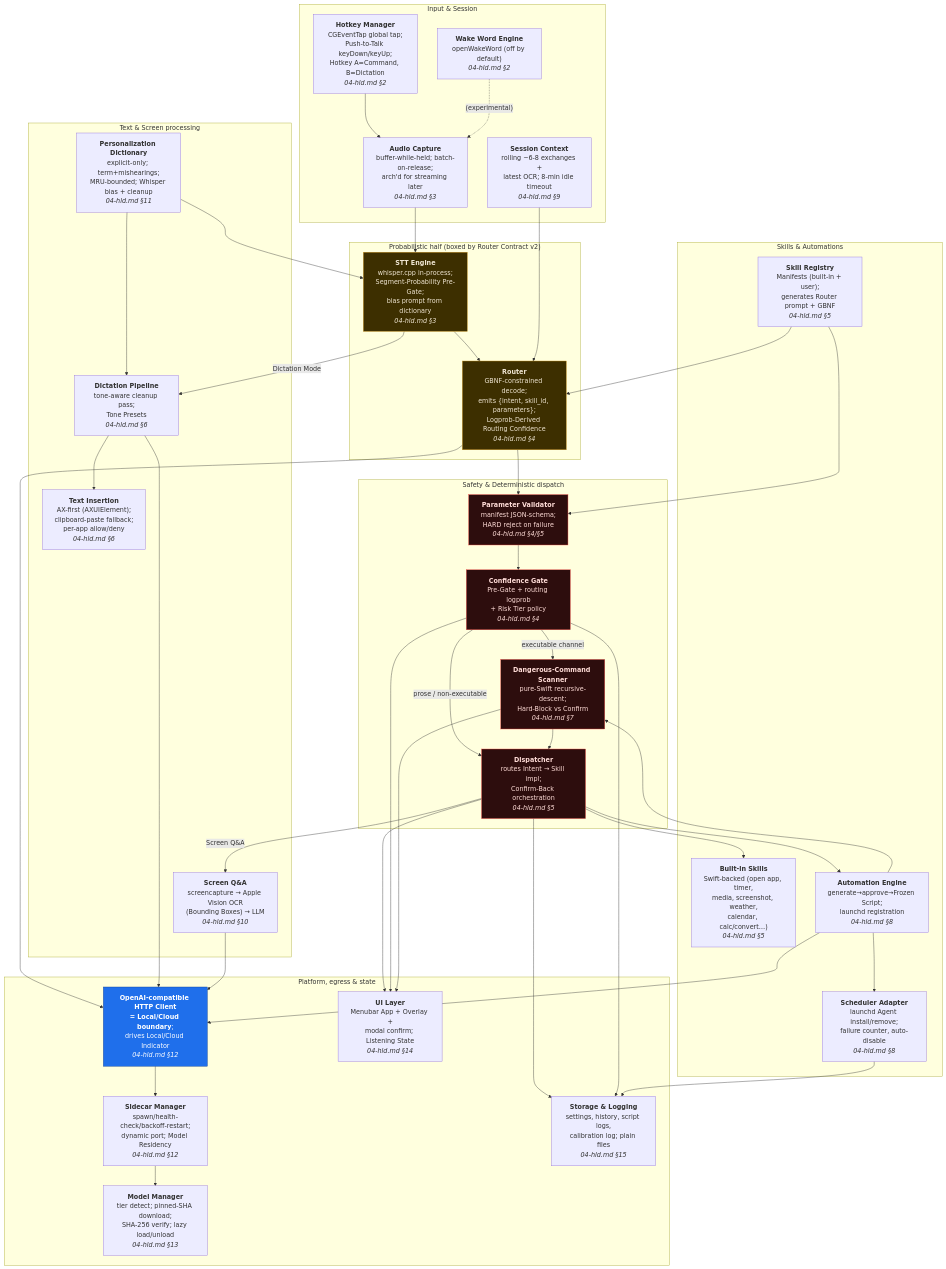
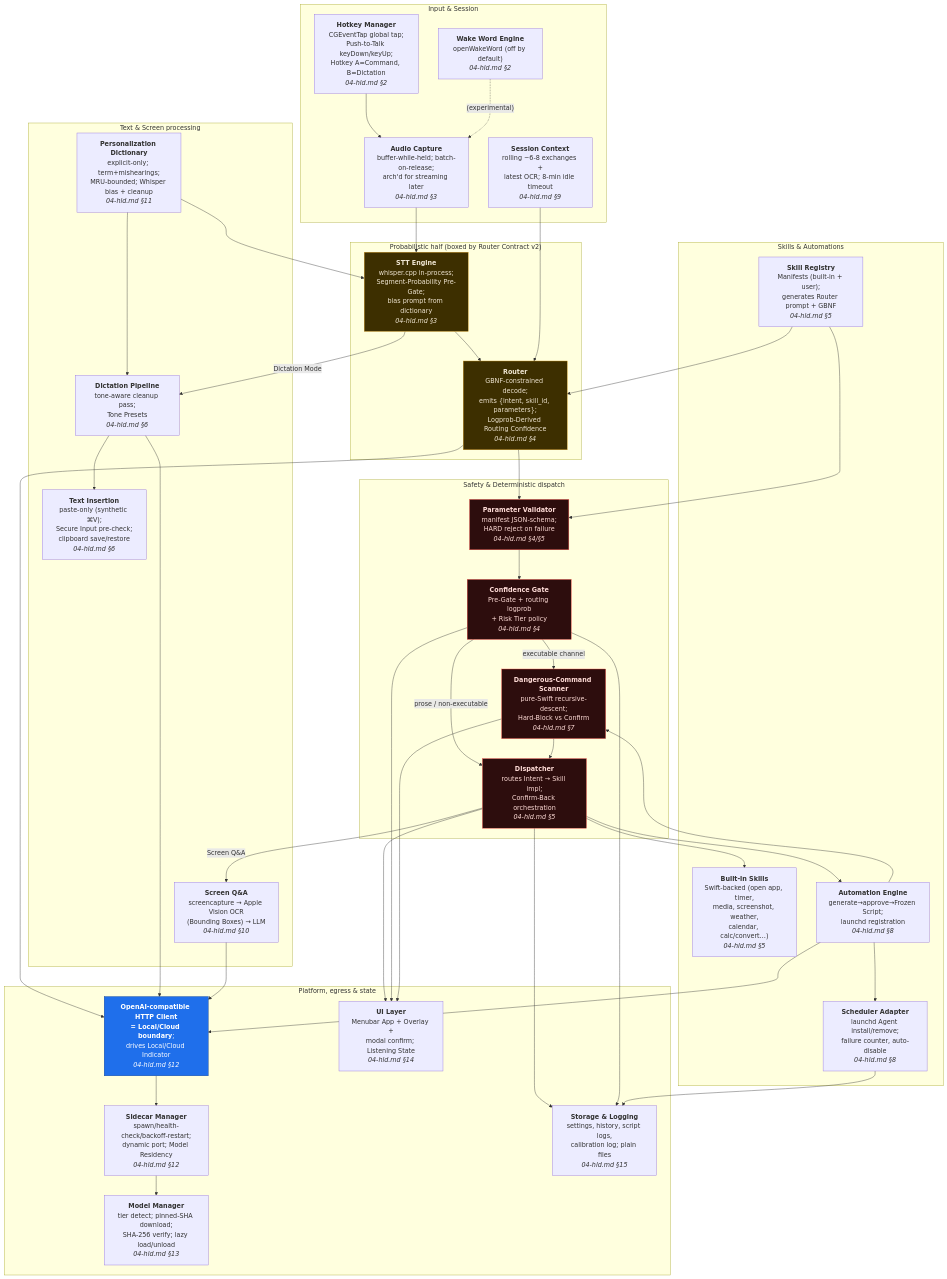
Before and after one commit to smgrv123/Nox: the third of 12 diagrams in docs/03-architecture.md, drawn with Mermaid. The commit also changed other lines of this file and 3 other files, not shown here.

First line of the commit message:
docs(p5a): record the AX reversal and paste-only insertion

````diff
--- a/docs/03-architecture.md
+++ b/docs/03-architecture.md
@@ -186,82 +186,82 @@
 ```mermaid
 flowchart TB
     subgraph input["Input & Session"]
         HK["<b>Hotkey Manager</b><br/>CGEventTap global tap;<br/>Push-to-Talk keyDown/keyUp;<br/>Hotkey A=Command, B=Dictation<br/><i>04-hld.md §2</i>"]
         WW["<b>Wake Word Engine</b><br/>openWakeWord (off by default)<br/><i>04-hld.md §2</i>"]
         AUD["<b>Audio Capture</b><br/>buffer-while-held; batch-on-release;<br/>arch'd for streaming later<br/><i>04-hld.md §3</i>"]
         SESS["<b>Session Context</b><br/>rolling ~6-8 exchanges +<br/>latest OCR; 8-min idle timeout<br/><i>04-hld.md §9</i>"]
     end
 
     subgraph probabilistic["Probabilistic half (boxed by Router Contract v2)"]
         STT["<b>STT Engine</b><br/>whisper.cpp in-process;<br/>Segment-Probability Pre-Gate;<br/>bias prompt from dictionary<br/><i>04-hld.md §3</i>"]
         ROUT["<b>Router</b><br/>GBNF-constrained decode;<br/>emits {intent, skill_id, parameters};<br/>Logprob-Derived Routing Confidence<br/><i>04-hld.md §4</i>"]
     end
 
     subgraph safety["Safety & Deterministic dispatch"]
         VAL["<b>Parameter Validator</b><br/>manifest JSON-schema;<br/>HARD reject on failure<br/><i>04-hld.md §4/§5</i>"]
         GATE["<b>Confidence Gate</b><br/>Pre-Gate + routing logprob<br/>+ Risk Tier policy<br/><i>04-hld.md §4</i>"]
         SCAN["<b>Dangerous-Command Scanner</b><br/>pure-Swift recursive-descent;<br/>Hard-Block vs Confirm<br/><i>04-hld.md §7</i>"]
         DISP["<b>Dispatcher</b><br/>routes Intent → Skill impl;<br/>Confirm-Back orchestration<br/><i>04-hld.md §5</i>"]
     end
 
     subgraph skills["Skills & Automations"]
         REG["<b>Skill Registry</b><br/>Manifests (built-in + user);<br/>generates Router prompt + GBNF<br/><i>04-hld.md §5</i>"]
         BIS["<b>Built-in Skills</b><br/>Swift-backed (open app, timer,<br/>media, screenshot, weather,<br/>calendar, calc/convert…)<br/><i>04-hld.md §5</i>"]
         AUTO["<b>Automation Engine</b><br/>generate→approve→Frozen Script;<br/>launchd registration<br/><i>04-hld.md §8</i>"]
         SCHED["<b>Scheduler Adapter</b><br/>launchd Agent install/remove;<br/>failure counter, auto-disable<br/><i>04-hld.md §8</i>"]
     end
 
     subgraph textproc["Text & Screen processing"]
         DICT["<b>Dictation Pipeline</b><br/>tone-aware cleanup pass;<br/>Tone Presets<br/><i>04-hld.md §6</i>"]
-        INS["<b>Text Insertion</b><br/>AX-first (AXUIElement);<br/>clipboard-paste fallback;<br/>per-app allow/deny<br/><i>04-hld.md §6</i>"]
+        INS["<b>Text Insertion</b><br/>paste-only (synthetic ⌘V);<br/>Secure Input pre-check;<br/>clipboard save/restore<br/><i>04-hld.md §6</i>"]
         SQA["<b>Screen Q&A</b><br/>screencapture → Apple Vision OCR<br/>(Bounding Boxes) → LLM<br/><i>04-hld.md §10</i>"]
         PERS["<b>Personalization Dictionary</b><br/>explicit-only; term+mishearings;<br/>MRU-bounded; Whisper bias + cleanup<br/><i>04-hld.md §11</i>"]
     end
 
     subgraph platform["Platform, egress & state"]
         LLMC["<b>OpenAI-compatible HTTP Client</b><br/><b>= Local/Cloud boundary</b>;<br/>drives Local/Cloud Indicator<br/><i>04-hld.md §12</i>"]
         SIDE["<b>Sidecar Manager</b><br/>spawn/health-check/backoff-restart;<br/>dynamic port; Model Residency<br/><i>04-hld.md §12</i>"]
         MODELS["<b>Model Manager</b><br/>tier detect; pinned-SHA download;<br/>SHA-256 verify; lazy load/unload<br/><i>04-hld.md §13</i>"]
         UI["<b>UI Layer</b><br/>Menubar App + Overlay +<br/>modal confirm; Listening State<br/><i>04-hld.md §14</i>"]
         STORE["<b>Storage & Logging</b><br/>settings, history, script logs,<br/>calibration log; plain files<br/><i>04-hld.md §15</i>"]
     end
 
     HK --> AUD
     WW -. "(experimental)" .-> AUD
     AUD --> STT
     STT --> ROUT
     SESS --> ROUT
     ROUT --> VAL --> GATE
     GATE -->|"executable channel"| SCAN
     GATE -->|"prose / non-executable"| DISP
     SCAN --> DISP
     REG --> ROUT
     REG --> VAL
     DISP --> BIS
     DISP --> AUTO
     AUTO --> SCAN
     AUTO --> SCHED
     STT -->|"Dictation Mode"| DICT --> INS
     DISP -->|"Screen Q&A"| SQA
     PERS --> STT
     PERS --> DICT
     ROUT --> LLMC
     DICT --> LLMC
     SQA --> LLMC
     AUTO --> LLMC
     LLMC --> SIDE
     SIDE --> MODELS
     DISP --> UI
     GATE --> UI
     SCAN --> UI
     DISP --> STORE
     GATE --> STORE
     SCHED --> STORE
 
     classDef prob fill:#3d2f00,stroke:#d29922,color:#f0e6d2;
     classDef safe fill:#2d0d0d,stroke:#f85149,color:#ffdcd7;
     classDef bound fill:#1f6feb,stroke:#0b3d91,color:#fff;
     class STT,ROUT prob;
     class VAL,GATE,SCAN,DISP safe;
     class LLMC bound;
 ```
````
